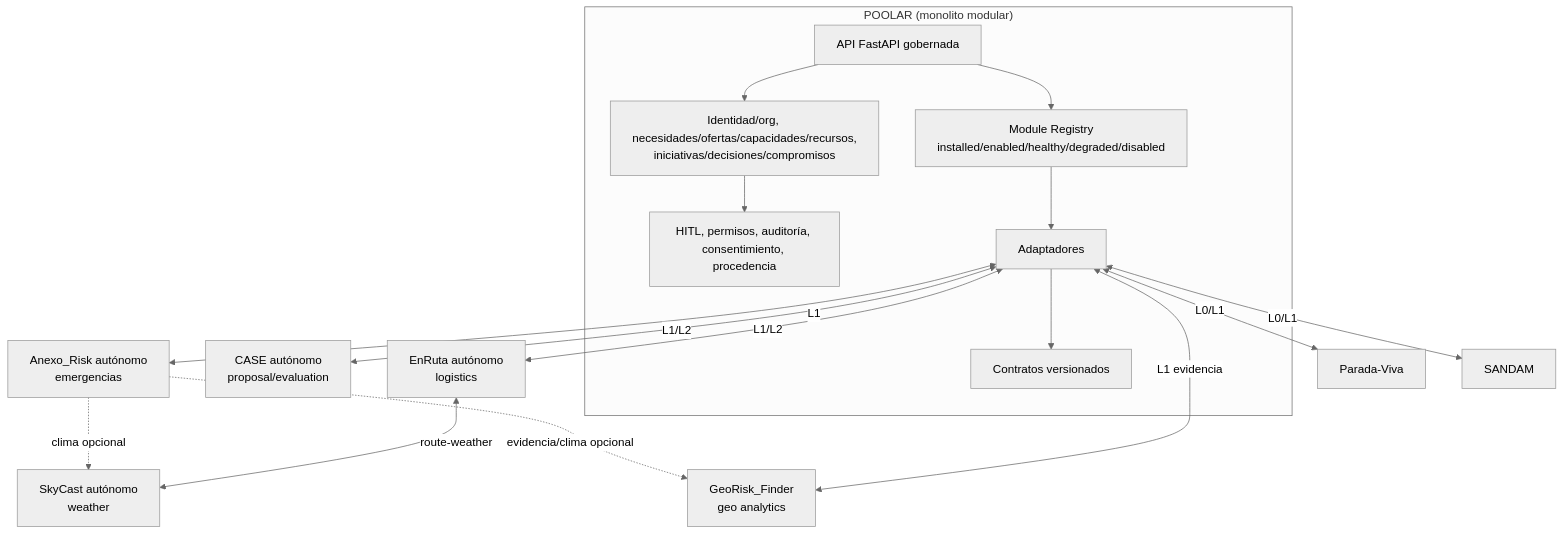
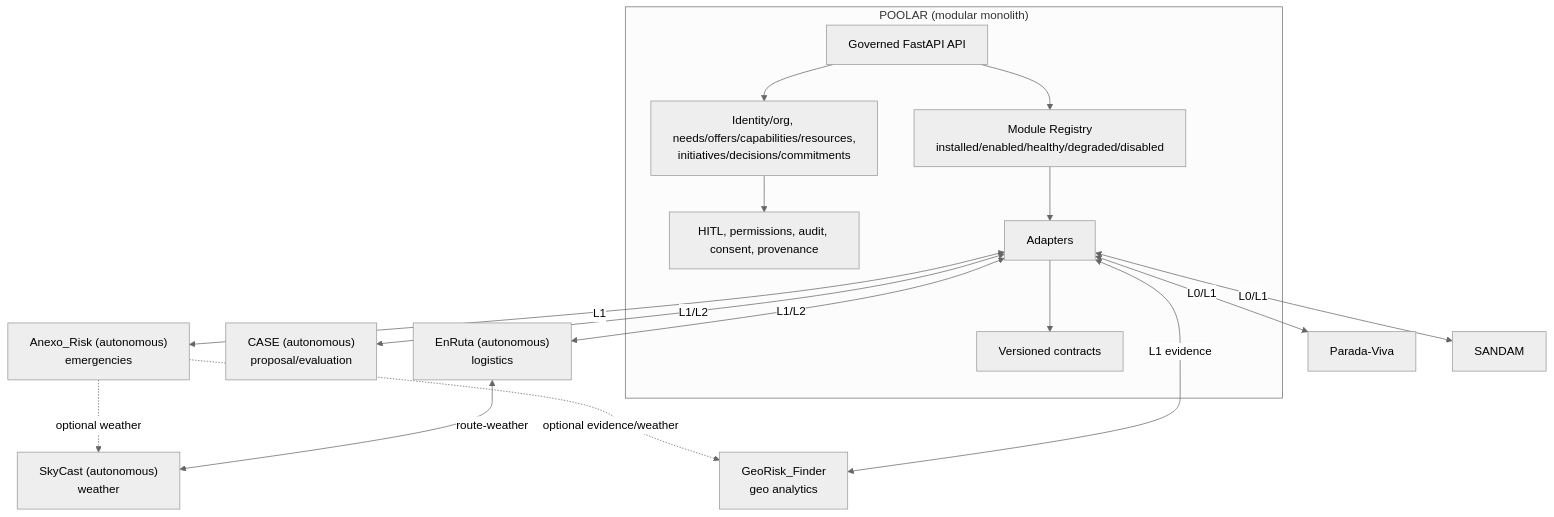
Before and after one commit to juandelaf1/POOLAR: the first of 4 diagrams in docs/POOLAR_ECOSYSTEM_ARQUITECTURA_INTEGRACION.md, drawn with Mermaid (neutral theme). The commit also changed other lines of this file, not shown here.

Commit message:
docs: translate ecosystem architecture and integration master document to English

````diff
--- a/docs/POOLAR_ECOSYSTEM_ARQUITECTURA_INTEGRACION.md
+++ b/docs/POOLAR_ECOSYSTEM_ARQUITECTURA_INTEGRACION.md
@@ -46,28 +50,28 @@
 ```mermaid
 flowchart TB
-  subgraph POOLAR["POOLAR (monolito modular)"]
-    API["API FastAPI gobernada"]
-    DOM["Identidad/org, necesidades/ofertas/capacidades/recursos,\niniciativas/decisiones/compromisos"]
-    GOV["HITL, permisos, auditoría, consentimiento, procedencia"]
+  subgraph POOLAR["POOLAR (modular monolith)"]
+    API["Governed FastAPI API"]
+    DOM["Identity/org, needs/offers/capabilities/resources,\ninitiatives/decisions/commitments"]
+    GOV["HITL, permissions, audit, consent, provenance"]
     REG["Module Registry\ninstalled/enabled/healthy/degraded/disabled"]
-    ADP["Adaptadores"]
-    CTR["Contratos versionados"]
+    ADP["Adapters"]
+    CTR["Versioned contracts"]
     API --> DOM --> GOV
     API --> REG --> ADP --> CTR
   end
-  CASE["CASE autónomo\nproposal/evaluation"]
-  ENR["EnRuta autónomo\nlogistics"]
-  SKY["SkyCast autónomo\nweather"]
-  ANX["Anexo_Risk autónomo\nemergencias"]
+  CASE["CASE (autonomous)\nproposal/evaluation"]
+  ENR["EnRuta (autonomous)\nlogistics"]
+  SKY["SkyCast (autonomous)\nweather"]
+  ANX["Anexo_Risk (autonomous)\nemergencies"]
   GRF["GeoRisk_Finder\ngeo analytics"]
   PV["Parada-Viva"]; SDM["SANDAM"]
   ADP <-->|L1/L2| CASE
   ADP <-->|L1/L2| ENR
   ADP <-->|L1| ANX
-  ADP <-->|L1 evidencia| GRF
+  ADP <-->|L1 evidence| GRF
   ADP <-->|L0/L1| PV
   ADP <-->|L0/L1| SDM
   ENR <-->|route-weather| SKY
-  ANX -.->|evidencia/clima opcional| GRF
-  ANX -.->|clima opcional| SKY
+  ANX -.->|optional evidence/weather| GRF
+  ANX -.->|optional weather| SKY
 ```
````
